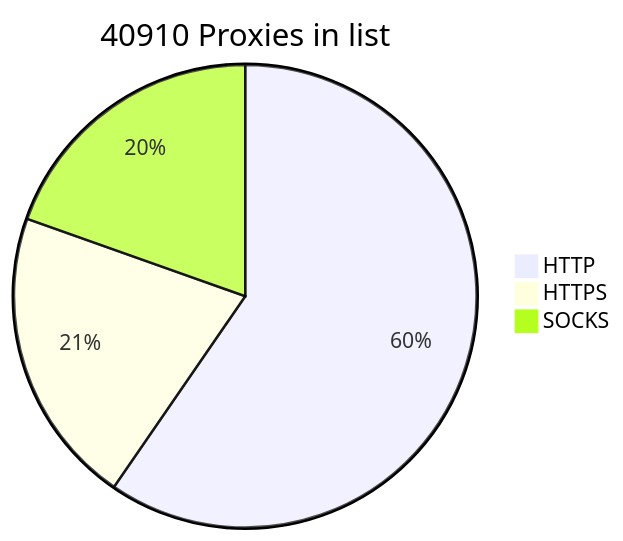
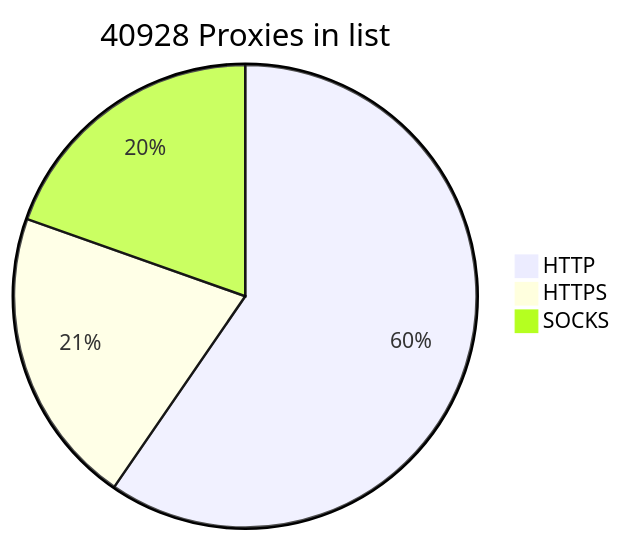
One commit to BlackSnowDot/proxylist-update-every-minute changed the diagram in README.md. Above: the diagram before and after it, drawn with Mermaid.

````diff
--- a/README.md
+++ b/README.md
@@ -2,6 +2,6 @@
 ```mermaid
-pie title 40910 Proxies in list
-    "HTTP" : 28353
-    "HTTPS": 9912
-    "SOCKS" : 9312
+pie title 40928 Proxies in list
+    "HTTP" : 28360
+    "HTTPS": 9915
+    "SOCKS" : 9323
 ```
````
